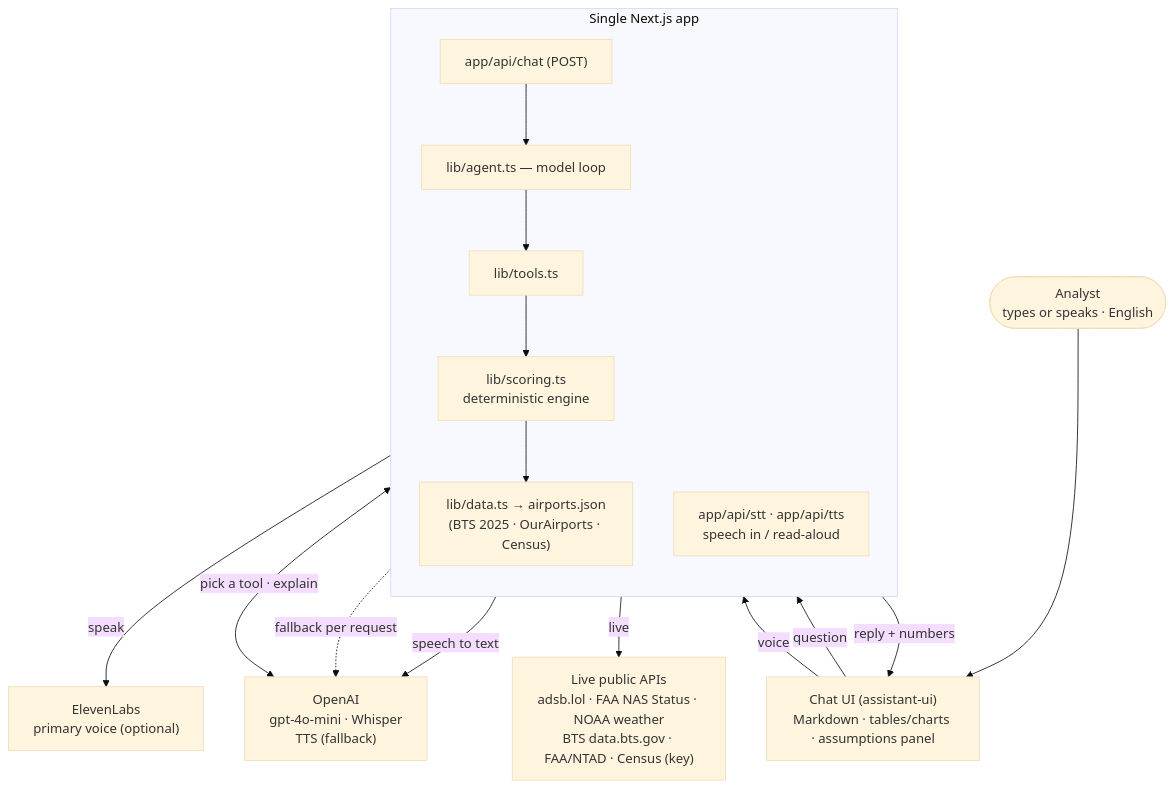
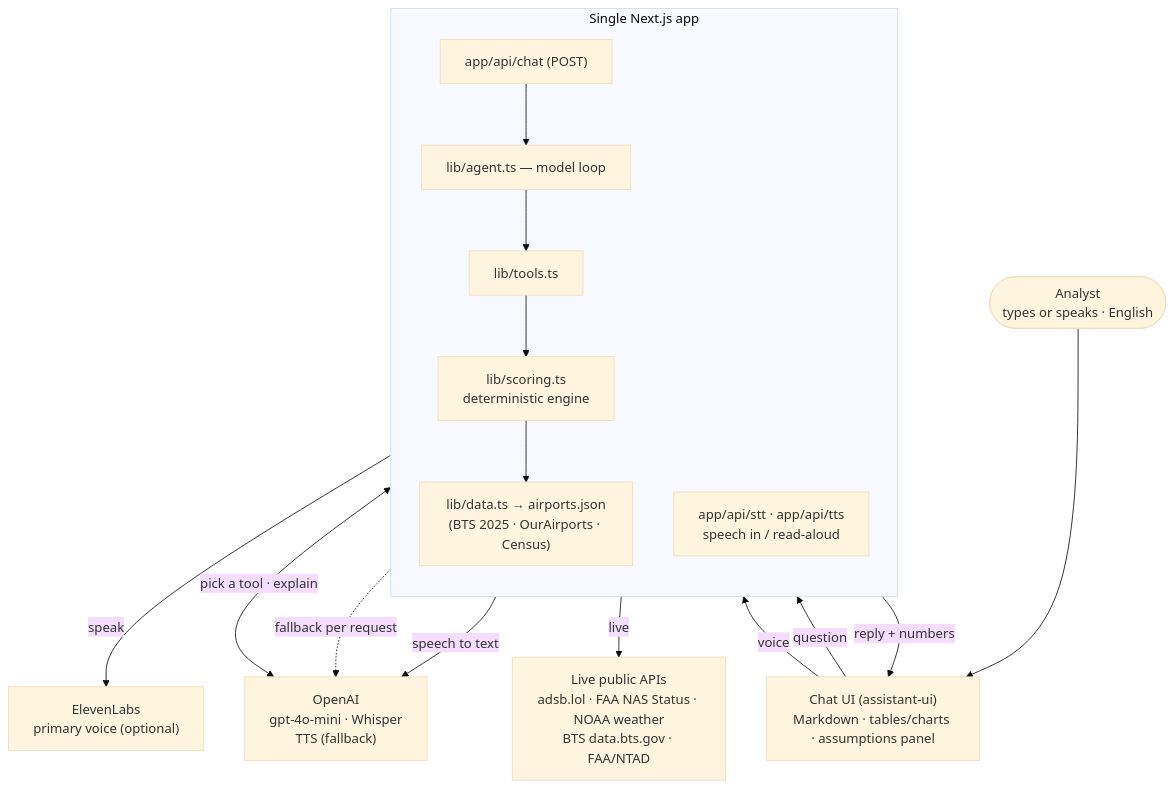
The diagram in docs/DESIGN.md (danieltesler/Airport-Demo), drawn with Mermaid (base theme) before and after one commit. The commit also changed other lines of this file and 21 other files, not shown here.

````diff
--- a/docs/DESIGN.md
+++ b/docs/DESIGN.md
@@ -37,31 +37,31 @@
 ```mermaid
 flowchart TD
     U(["Analyst<br/>types or speaks · English"])
     UI["Chat UI (assistant-ui)<br/>Markdown · tables/charts · assumptions panel"]
 
     subgraph NEXT["Single Next.js app"]
         direction TB
         CHAT["app/api/chat (POST)"]
         VOICE["app/api/stt · app/api/tts<br/>speech in / read-aloud"]
         AGENT["lib/agent.ts — model loop"]
         TOOLS["lib/tools.ts"]
         ENGINE["lib/scoring.ts<br/>deterministic engine"]
         DATA["lib/data.ts → airports.json<br/>(BTS 2025 · OurAirports · Census)"]
     end
 
     OPENAI["OpenAI<br/>gpt-4o-mini · Whisper<br/>TTS (fallback)"]
     ELEVEN["ElevenLabs<br/>primary voice (optional)"]
-    LIVE["Live public APIs<br/>adsb.lol · FAA NAS Status · NOAA weather<br/>BTS data.bts.gov · FAA/NTAD · Census (key)"]
+    LIVE["Live public APIs<br/>adsb.lol · FAA NAS Status · NOAA weather<br/>BTS data.bts.gov · FAA/NTAD"]
 
     U --> UI
     UI -->|question| CHAT --> AGENT
     UI -->|voice| VOICE
     VOICE -->|speech to text| OPENAI
     VOICE -->|speak| ELEVEN
     VOICE -.->|fallback per request| OPENAI
     AGENT <-->|pick a tool · explain| OPENAI
     AGENT --> TOOLS
     TOOLS --> ENGINE --> DATA
     TOOLS -->|live| LIVE
     CHAT -->|reply + numbers| UI
 ```
````
